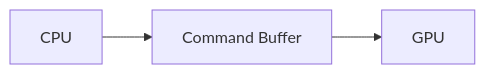
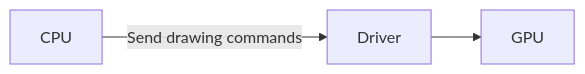
The first of 2 diagrams in Pages/Vulkan/Vulkan.md (AlexMollard/CppOdyssey), drawn with Mermaid before and after one commit. The commit also changed other lines of this file, not shown here.

````diff
--- a/Pages/Vulkan/Vulkan.md
+++ b/Pages/Vulkan/Vulkan.md
@@ -30,5 +46,8 @@
 ```mermaid
 graph LR
-A[CPU] --> B[Command Buffer]
-B[Command Buffer] --> C[GPU]
+A[CPU]
+B[Driver]
+C[GPU]
+A --> |Send drawing commands| B
+B --> C
 ```
````
